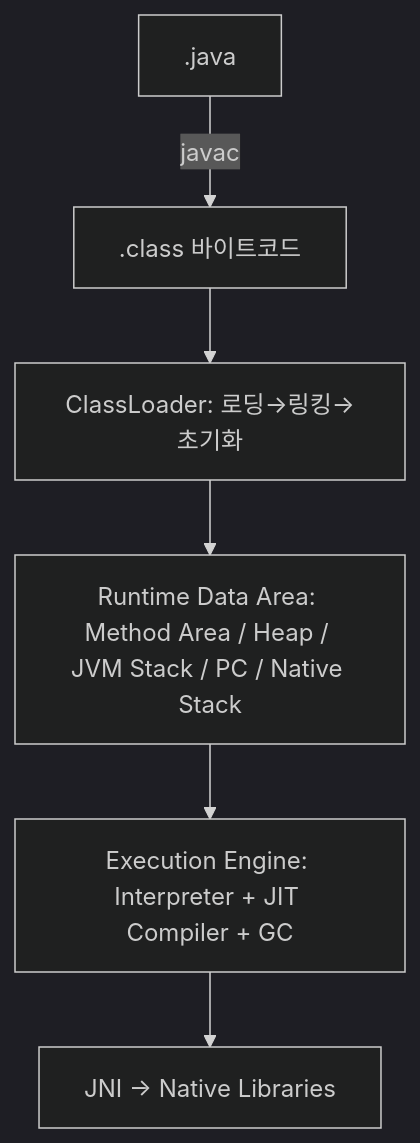
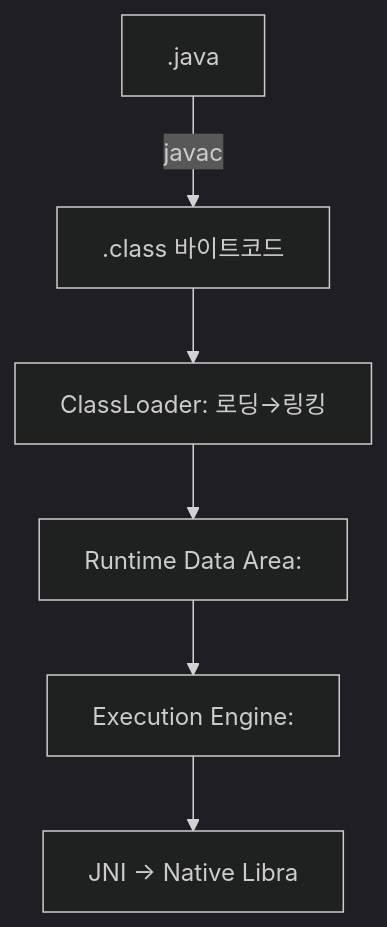
Before and after one commit to yjkim2015/yjkim2015.github.io: the first of 7 diagrams in _posts/java/2026-05-02-jvm-architecture.md, drawn with Mermaid (dark theme). The commit also changed other lines of this file and 271 other files, not shown here.

First line of the commit message:
Mermaid 라벨 축소: 긴 노드 텍스트 18자 이하로 트림 + \n 제거

````diff
--- a/_posts/java/2026-05-02-jvm-architecture.md
+++ b/_posts/java/2026-05-02-jvm-architecture.md
@@ -85,8 +85,8 @@
 ```mermaid
 flowchart TD
     A[".java"] -->|"javac"| B[".class 바이트코드"]
-    B --> CL["ClassLoader: 로딩→링킹→초기화"]
-    CL --> MEM["Runtime Data Area: Method Area / Heap / JVM Stack / PC / Native Stack"]
-    MEM --> EE["Execution Engine: Interpreter + JIT Compiler + GC"]
-    EE --> JNI["JNI → Native Libraries"]
+    B --> CL["ClassLoader: 로딩→링킹"]
+    CL --> MEM["Runtime Data Area:"]
+    MEM --> EE["Execution Engine:"]
+    EE --> JNI["JNI → Native Libra"]
 ```
````
